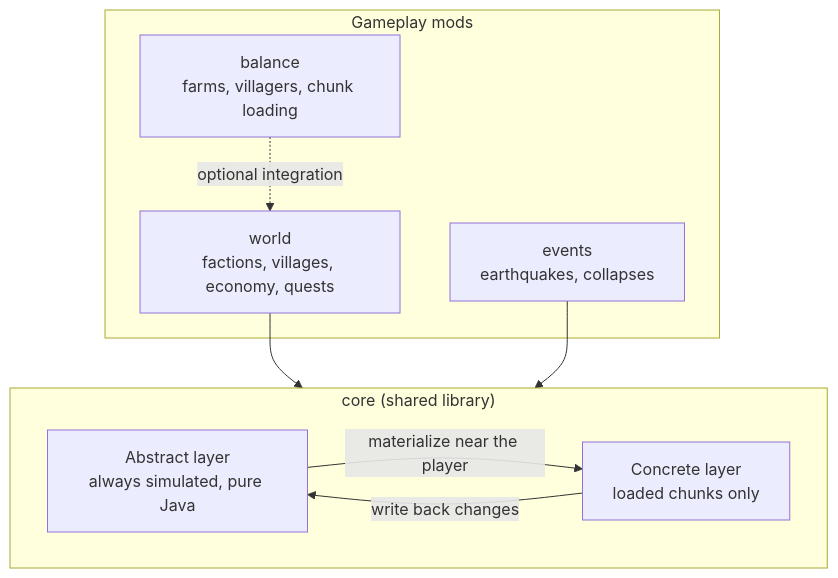
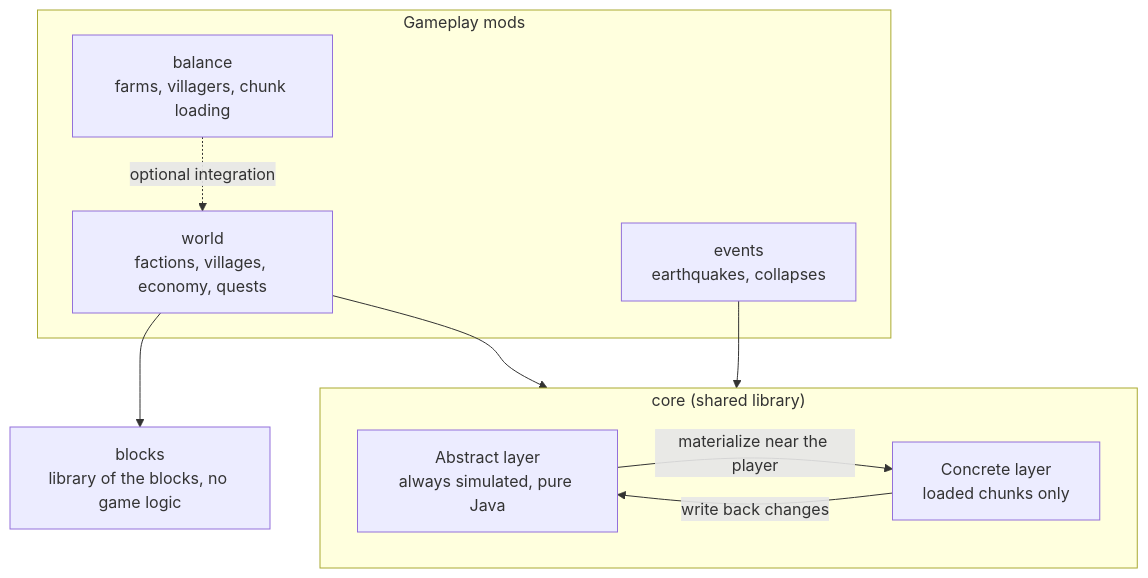
One commit to nicolas-goyon/Folkhold changed the first of 2 diagrams in docs/design.md. Above: the diagram before and after it, drawn with Mermaid. The commit also changed other lines of this file and 212 other files, not shown here.

First line of the commit message:
feat(blocks): library mod folkhold_blocks with the Folkhold blocks and the brazier [minor] (#379)

````diff
--- a/docs/design.md
+++ b/docs/design.md
@@ -72,17 +72,19 @@
 ```mermaid
 flowchart TB
     subgraph mods["Gameplay mods"]
         world["world<br/>factions, villages, economy, quests"]
         events["events<br/>earthquakes, collapses"]
         balance["balance<br/>farms, villagers, chunk loading"]
     end
     subgraph core["core (shared library)"]
         abstract["Abstract layer<br/>always simulated, pure Java"]
         concrete["Concrete layer<br/>loaded chunks only"]
     end
+    blocks["blocks<br/>library of the blocks, no game logic"]
     world --> core
+    world --> blocks
     events --> core
     balance -. "optional integration" .-> world
     abstract -- "materialize near the player" --> concrete
     concrete -- "write back changes" --> abstract
 ```
````
